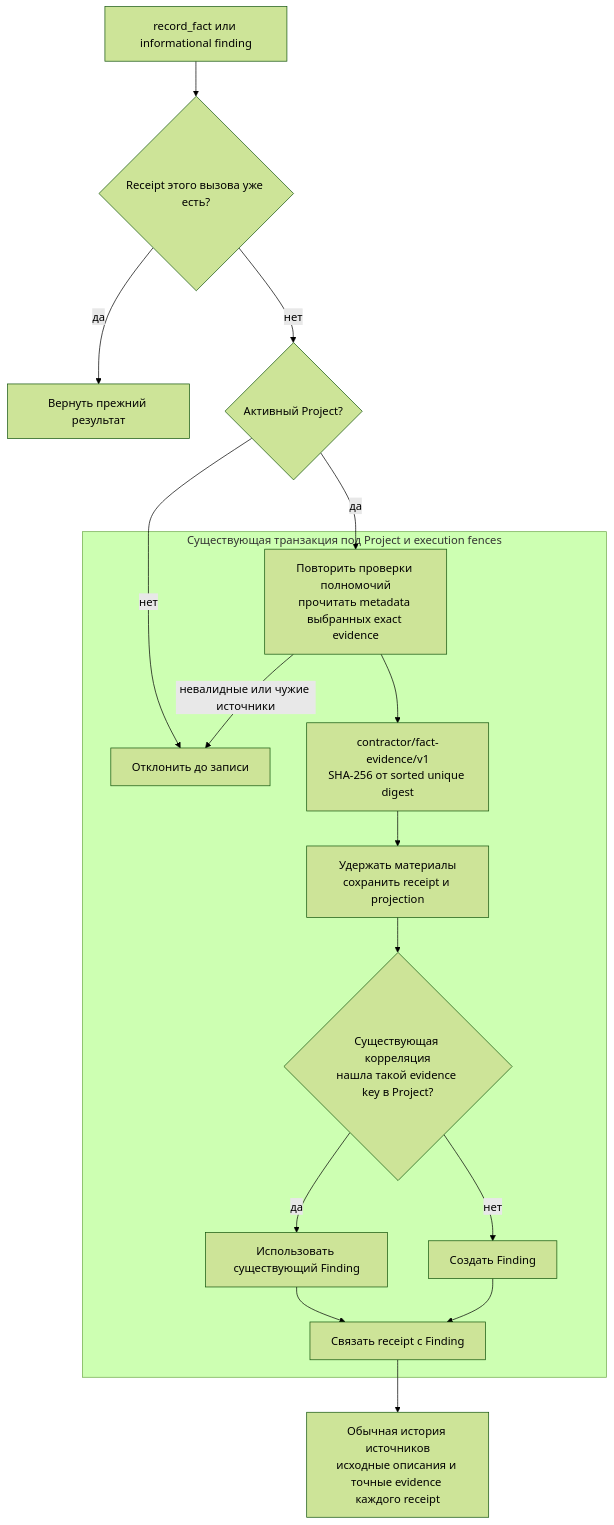
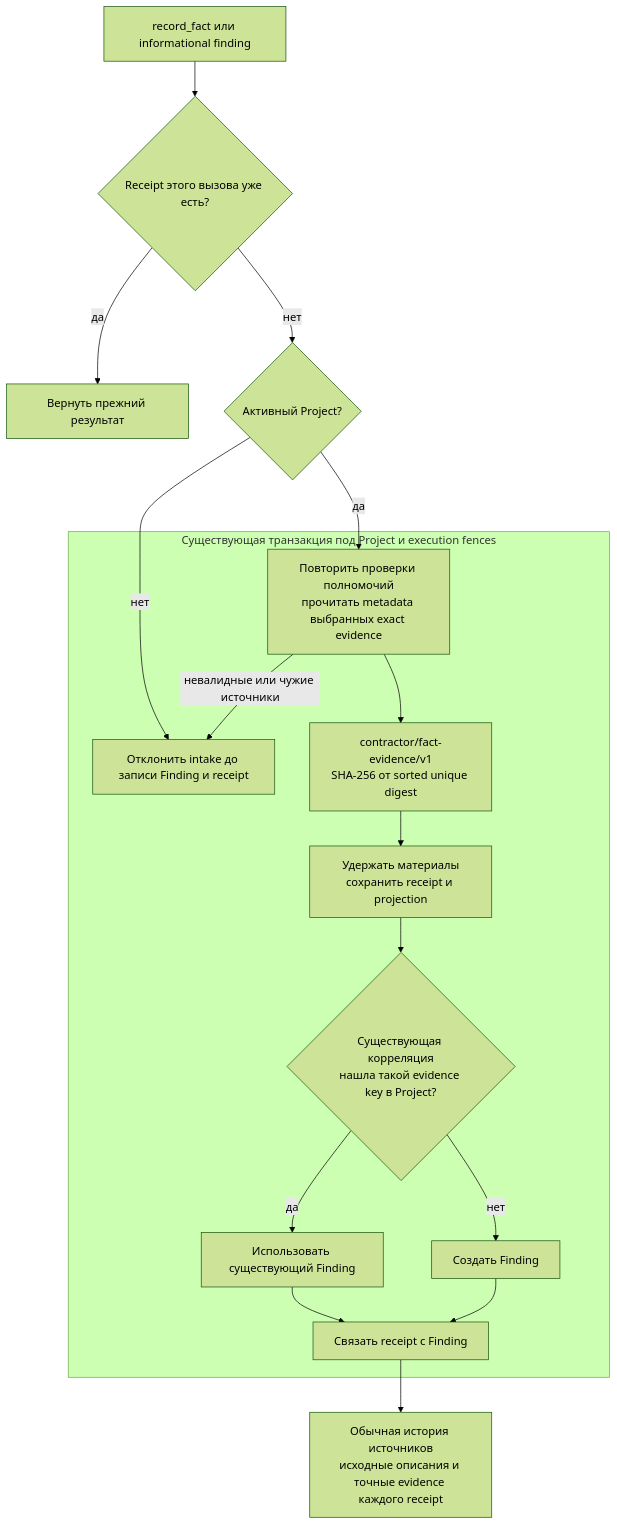
One commit to grauwolf32/contractor changed the sixth of 7 diagrams in docs/proposals/0055-project-facts-through-findings.md. Above: the diagram before and after it, drawn with Mermaid (forest theme). The commit also changed other lines of this file and 15 other files, not shown here.

````diff
--- a/docs/proposals/0055-project-facts-through-findings.md
+++ b/docs/proposals/0055-project-facts-through-findings.md
@@ -314,19 +333,19 @@
 ```mermaid
 flowchart TD
     C["record_fact или informational finding"] --> R{"Receipt этого вызова уже есть?"}
     R -->|"да"| E["Вернуть прежний результат"]
     R -->|"нет"| P{"Активный Project?"}
-    P -->|"нет"| X["Отклонить до записи"]
+    P -->|"нет"| X["Отклонить intake до записи Finding и receipt"]
     P -->|"да"| S
     subgraph TX["Существующая транзакция под Project и execution fences"]
         S["Повторить проверки полномочий<br/>прочитать metadata выбранных exact evidence"] --> D["contractor/fact-evidence/v1<br/>SHA-256 от sorted unique digest"]
         S -->|"невалидные или чужие источники"| X
         D --> W["Удержать материалы<br/>сохранить receipt и projection"]
         W --> K{"Существующая корреляция<br/>нашла такой evidence key в Project?"}
         K -->|"да"| F["Использовать существующий Finding"]
         K -->|"нет"| N["Создать Finding"]
         F --> L["Связать receipt с Finding"]
         N --> L
     end
     L --> H["Обычная история источников<br/>исходные описания и точные evidence каждого receipt"]
 ```
````
